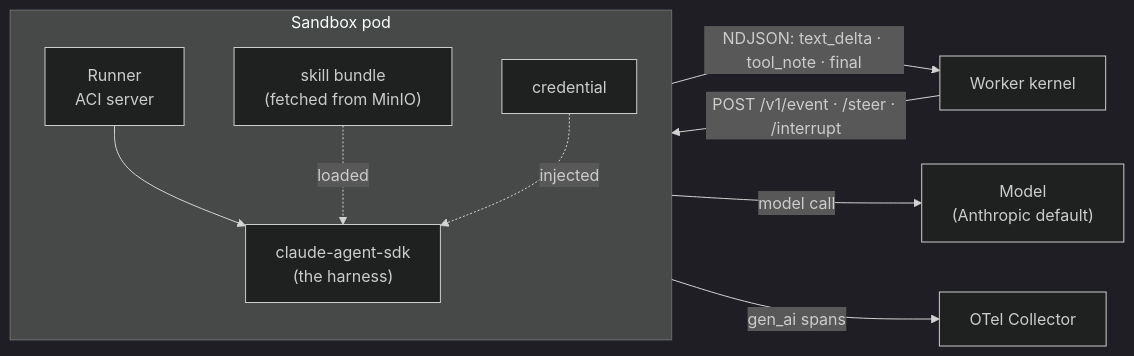
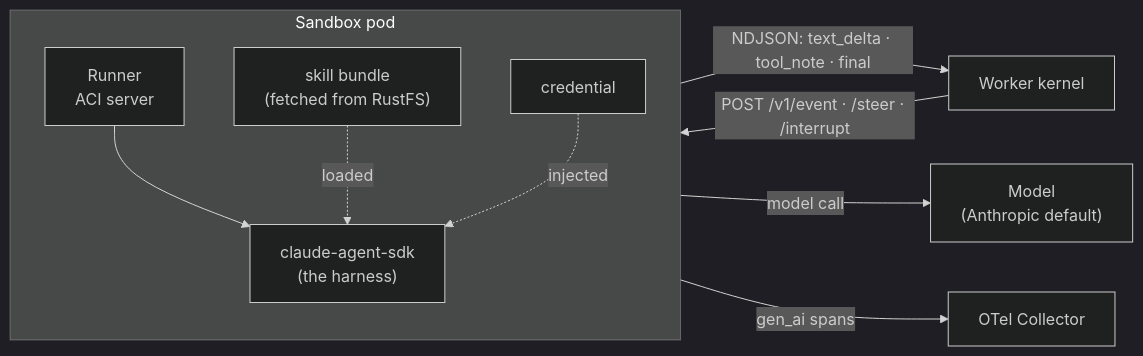
Before and after one commit to coinleftt/curie: the diagram in docs/diagrams/aci.md, drawn with Mermaid (dark theme). The commit also changed 52 other files, not shown here.

First line of the commit message:
Replace MinIO with RustFS

````diff
--- a/docs/diagrams/aci.md
+++ b/docs/diagrams/aci.md
@@ -35,23 +35,23 @@
 ```mermaid
 flowchart LR
     Worker["Worker kernel"]
 
     subgraph pod["Sandbox pod"]
         direction TB
         Runner["Runner<br/>ACI server"]
         SDK["claude-agent-sdk<br/>(the harness)"]
-        Skill["skill bundle<br/>(fetched from MinIO)"]
+        Skill["skill bundle<br/>(fetched from RustFS)"]
         Cred["credential"]
         Runner --> SDK
         Skill -. loaded .-> SDK
         Cred -. injected .-> SDK
     end
 
     Model["Model<br/>(Anthropic default)"]
     OTel["OTel Collector"]
 
     Worker -- "POST /v1/event · /steer · /interrupt" --> Runner
     Runner -- "NDJSON: text_delta · tool_note · final" --> Worker
     SDK -- "model call" --> Model
     Runner -- "gen_ai spans" --> OTel
 ```
````
